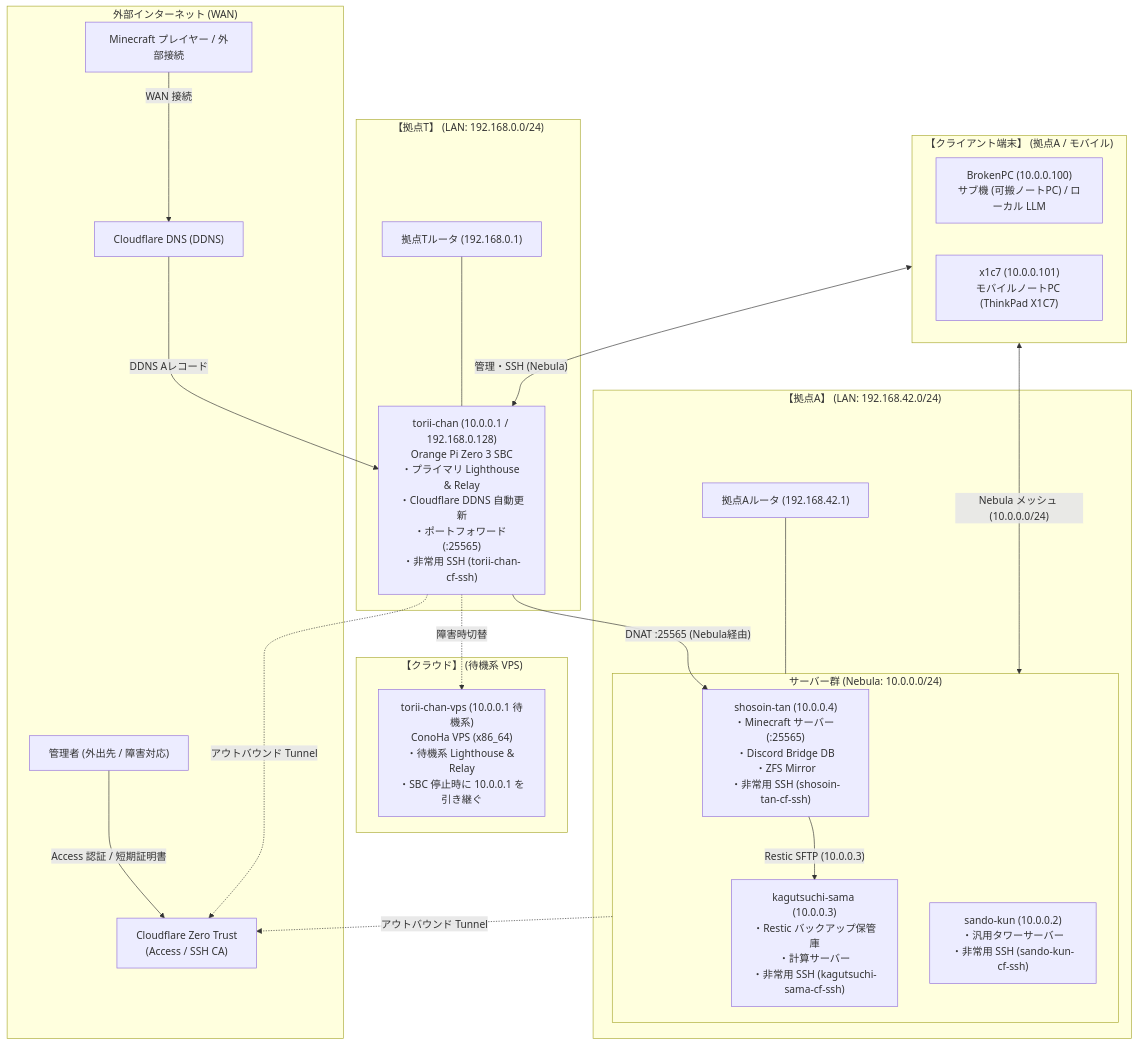
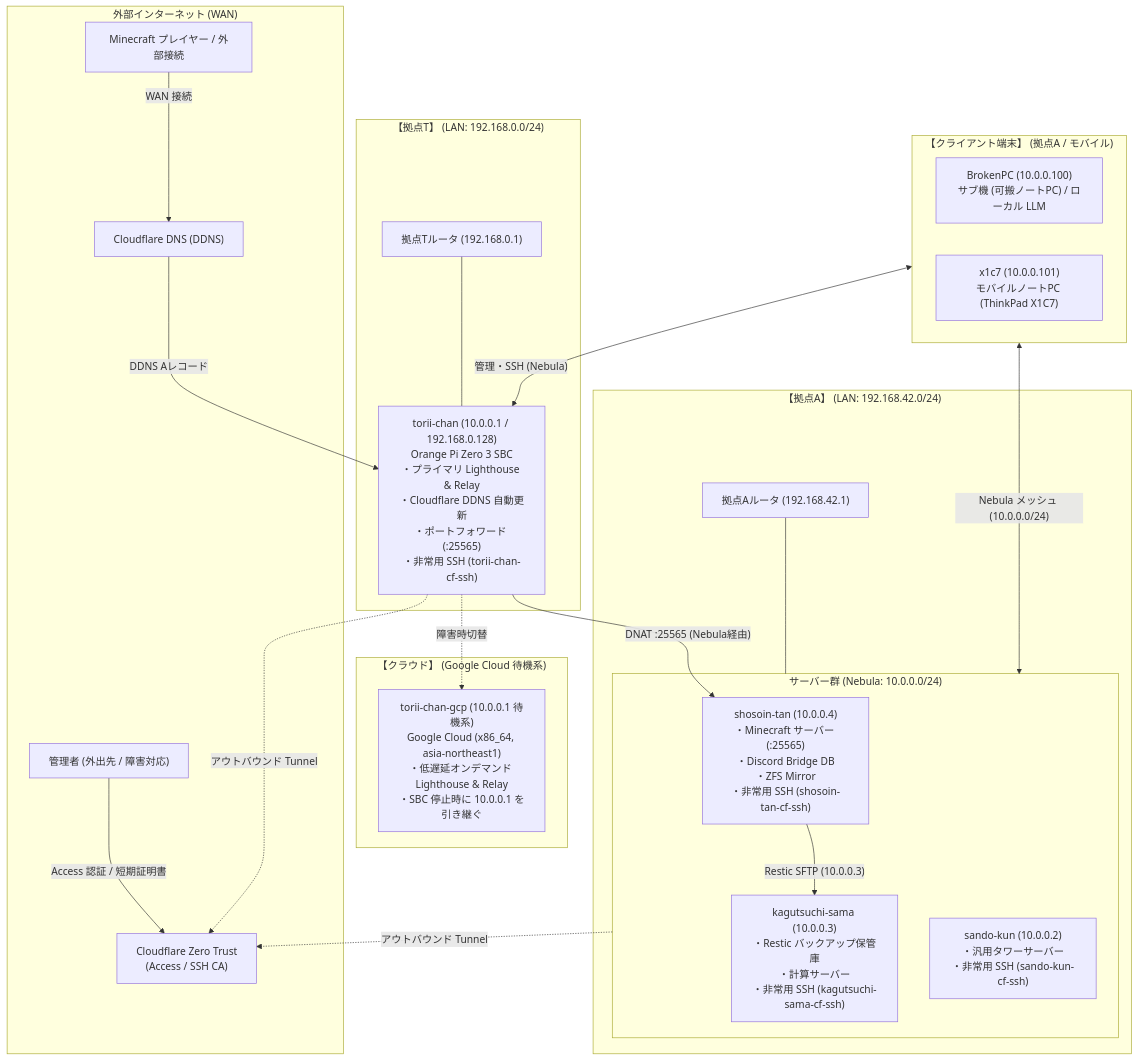
Before and after one commit to t3u-tsu/nix-config: the diagram in docs/architecture/network-topology.md, drawn with Mermaid. The commit also changed other lines of this file and 54 other files, not shown here.

Commit message:
feat(gcp): migrate failover infrastructure from conoha to google cloud

````diff
--- a/docs/architecture/network-topology.md
+++ b/docs/architecture/network-topology.md
@@ -9,54 +9,54 @@
 ```mermaid
 flowchart TD
     subgraph WAN["外部インターネット (WAN)"]
         User["Minecraft プレイヤー / 外部接続"]
         CF["Cloudflare DNS (DDNS)"]
         CF_ZT["Cloudflare Zero Trust<br>(Access / SSH CA)"]
         AdminExt["管理者 (外出先 / 障害対応)"]
     end
 
     subgraph SiteT["【拠点T】 (LAN: 192.168.0.0/24)"]
         TRouter["拠点Tルータ (192.168.0.1)"]
         Torii["torii-chan (10.0.0.1 / 192.168.0.128)<br>Orange Pi Zero 3 SBC<br>・プライマリ Lighthouse & Relay<br>・Cloudflare DDNS 自動更新<br>・ポートフォワード (:25565)<br>・非常用 SSH (torii-chan-cf-ssh)"]
         TRouter --- Torii
     end
 
-    subgraph Failover["【クラウド】 (待機系 VPS)"]
-        VPS["torii-chan-vps (10.0.0.1 待機系)<br>ConoHa VPS (x86_64)<br>・待機系 Lighthouse & Relay<br>・SBC 停止時に 10.0.0.1 を引き継ぐ"]
+    subgraph Failover["【クラウド】 (Google Cloud 待機系)"]
+        GCP["torii-chan-gcp (10.0.0.1 待機系)<br>Google Cloud (x86_64, asia-northeast1)<br>・低遅延オンデマンド Lighthouse & Relay<br>・SBC 停止時に 10.0.0.1 を引き継ぐ"]
     end
 
     subgraph SiteA["【拠点A】 (LAN: 192.168.42.0/24)"]
         ARouter["拠点Aルータ (192.168.42.1)"]
 
         subgraph Servers["サーバー群 (Nebula: 10.0.0.0/24)"]
             Shosoin["shosoin-tan (10.0.0.4)<br>・Minecraft サーバー (:25565)<br>・Discord Bridge DB<br>・ZFS Mirror<br>・非常用 SSH (shosoin-tan-cf-ssh)"]
             Kagutsuchi["kagutsuchi-sama (10.0.0.3)<br>・Restic バックアップ保管庫<br>・計算サーバー<br>・非常用 SSH (kagutsuchi-sama-cf-ssh)"]
             Sando["sando-kun (10.0.0.2)<br>・汎用タワーサーバー<br>・非常用 SSH (sando-kun-cf-ssh)"]
         end
 
         ARouter --- Servers
     end
 
     subgraph RoamingClients["【クライアント端末】 (拠点A / モバイル)"]
         BrokenPC["BrokenPC (10.0.0.100)<br>サブ機 (可搬ノートPC) / ローカル LLM"]
         X1C7["x1c7 (10.0.0.101)<br>モバイルノートPC (ThinkPad X1C7)"]
     end
 
     %% WAN トラフィック
     User -->|WAN 接続| CF
     CF -->|DDNS Aレコード| Torii
     Torii -->|"DNAT :25565 (Nebula経由)"| Shosoin
 
     %% 非常用帯域外アクセス (Cloudflare Tunnel)
     AdminExt -->|"Access 認証 / 短期証明書"| CF_ZT
     Torii -.->|"アウトバウンド Tunnel"| CF_ZT
     Servers -.->|"アウトバウンド Tunnel"| CF_ZT
 
     %% Nebula メッシュオーバーレイ通信
     RoamingClients <-->|"Nebula メッシュ (10.0.0.0/24)"| Servers
     RoamingClients <-->|"管理・SSH (Nebula)"| Torii
     Shosoin -->|"Restic SFTP (10.0.0.3)"| Kagutsuchi
 
     %% フェイルオーバー
-    Torii -.->|"障害時切替"| VPS
+    Torii -.->|"障害時切替"| GCP
 ```
````
